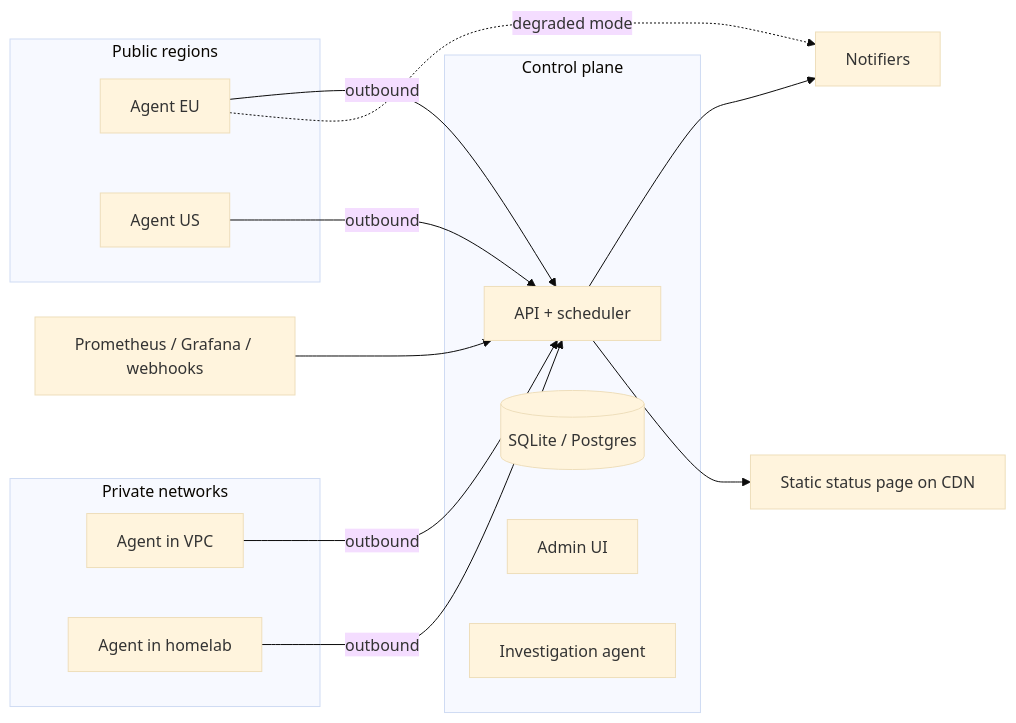
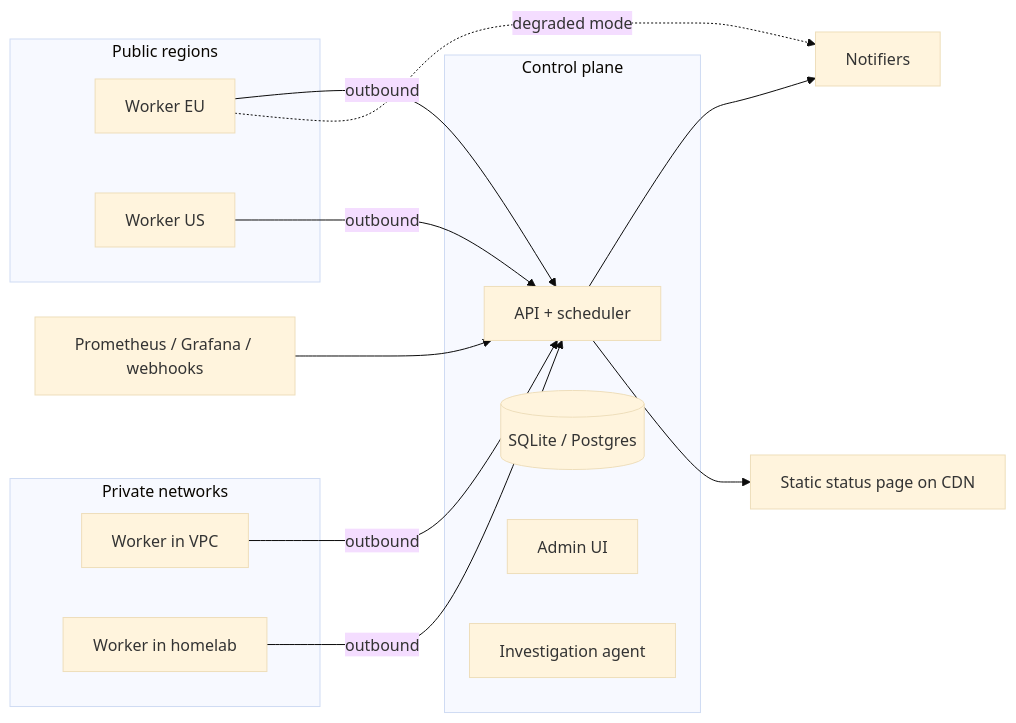
The diagram in docs/architecture.md (cl8dep/vigia), drawn with Mermaid (base theme) before and after one commit. The commit also changed other lines of this file and 60 other files, not shown here.

Commit message:
Rename agent to worker across code, config, schema and docs.

````diff
--- a/docs/architecture.md
+++ b/docs/architecture.md
@@ -7,25 +7,25 @@
 ```mermaid
 flowchart LR
     subgraph CP[Control plane]
         API[API + scheduler]
         DB[(SQLite / Postgres)]
         UI[Admin UI]
         AI[Investigation agent]
     end
     subgraph Public[Public regions]
-        A1[Agent EU]
-        A2[Agent US]
+        A1[Worker EU]
+        A2[Worker US]
     end
     subgraph Private[Private networks]
-        A3[Agent in VPC]
-        A4[Agent in homelab]
+        A3[Worker in VPC]
+        A4[Worker in homelab]
     end
     SRC[Prometheus / Grafana / webhooks] --> API
     A1 -- outbound --> API
     A2 -- outbound --> API
     A3 -- outbound --> API
     A4 -- outbound --> API
     API --> N[Notifiers]
     A1 -. degraded mode .-> N
     API --> SP[Static status page on CDN]
 ```
````
